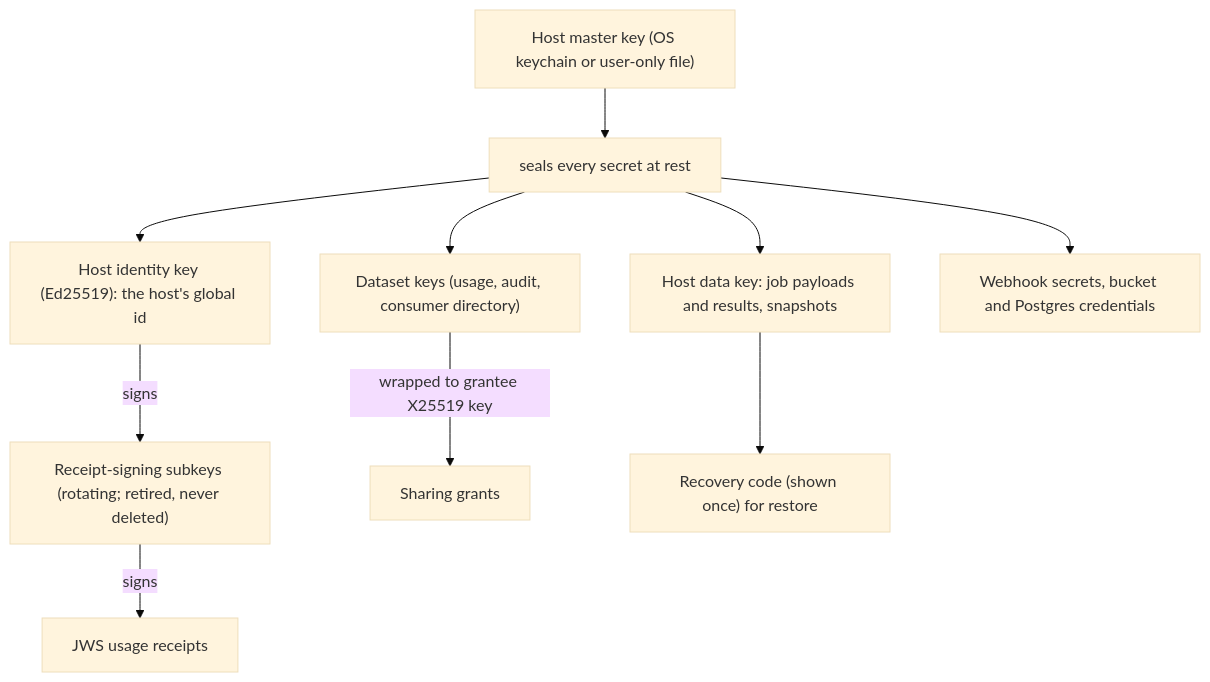
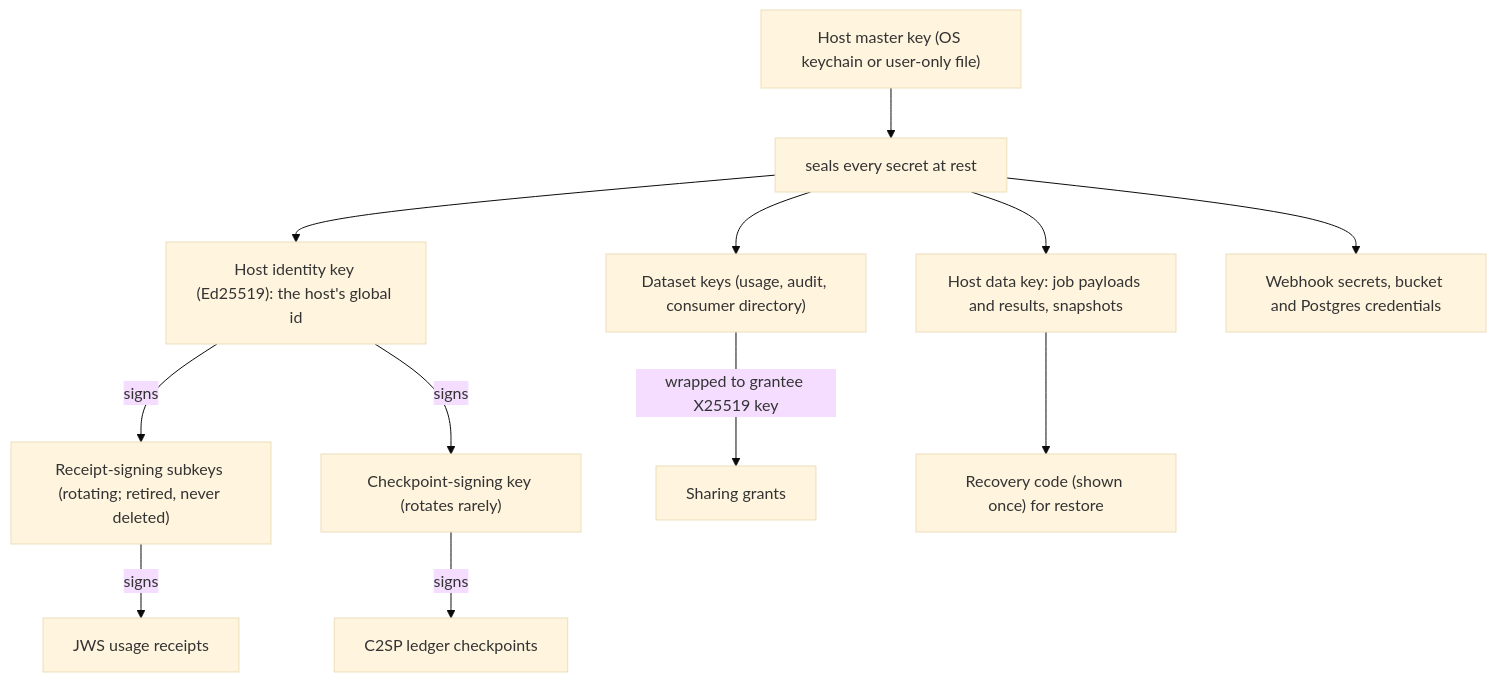
One commit to inCoderKaka/local-server changed the tenth of 10 diagrams in docs/design_docs/lld.md. Above: the diagram before and after it, drawn with Mermaid (base theme). The commit also changed other lines of this file and 7 other files, not shown here.

First line of the commit message:
docs(platform): req_001 D-64..D-67 — per-table backup minimization (host-owned, content minimized by default), dedicated checkpoint-signing key, private webhook targets denied by default, platform-sync failure alert

````diff
--- a/docs/design_docs/lld.md
+++ b/docs/design_docs/lld.md
@@ -387,12 +388,14 @@
 ```mermaid
 flowchart TB
   MK["Host master key (OS keychain or user-only file)"] --> SEAL["seals every secret at rest"]
   SEAL --> ID["Host identity key (Ed25519): the host's global id"]
   SEAL --> DK["Host data key: job payloads and results, snapshots"]
   SEAL --> DSK["Dataset keys (usage, audit, consumer directory)"]
   SEAL --> WHS["Webhook secrets, bucket and Postgres credentials"]
   ID -- signs --> RK["Receipt-signing subkeys (rotating; retired, never deleted)"]
+  ID -- signs --> CK["Checkpoint-signing key (rotates rarely)"]
+  CK -- signs --> CP["C2SP ledger checkpoints"]
   RK -- signs --> RCPT["JWS usage receipts"]
   DSK -- "wrapped to grantee X25519 key" --> SG["Sharing grants"]
   DK --> RC["Recovery code (shown once) for restore"]
 ```
````
